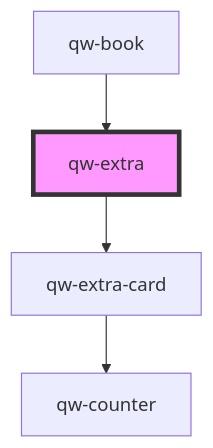
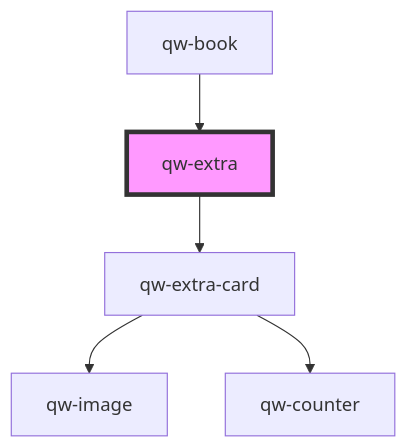
One commit to qwentes-team/qw-hotels changed the diagram in src/components/qw-extra/readme.md. Above: the diagram before and after it, drawn with Mermaid. The commit also changed 16 other files, not shown here.

````diff
--- a/src/components/qw-extra/readme.md
+++ b/src/components/qw-extra/readme.md
@@ -19,7 +19,8 @@
 ```mermaid
 graph TD;
   qw-extra --> qw-extra-card
+  qw-extra-card --> qw-image
   qw-extra-card --> qw-counter
   qw-book --> qw-extra
   style qw-extra fill:#f9f,stroke:#333,stroke-width:4px
 ```
````
